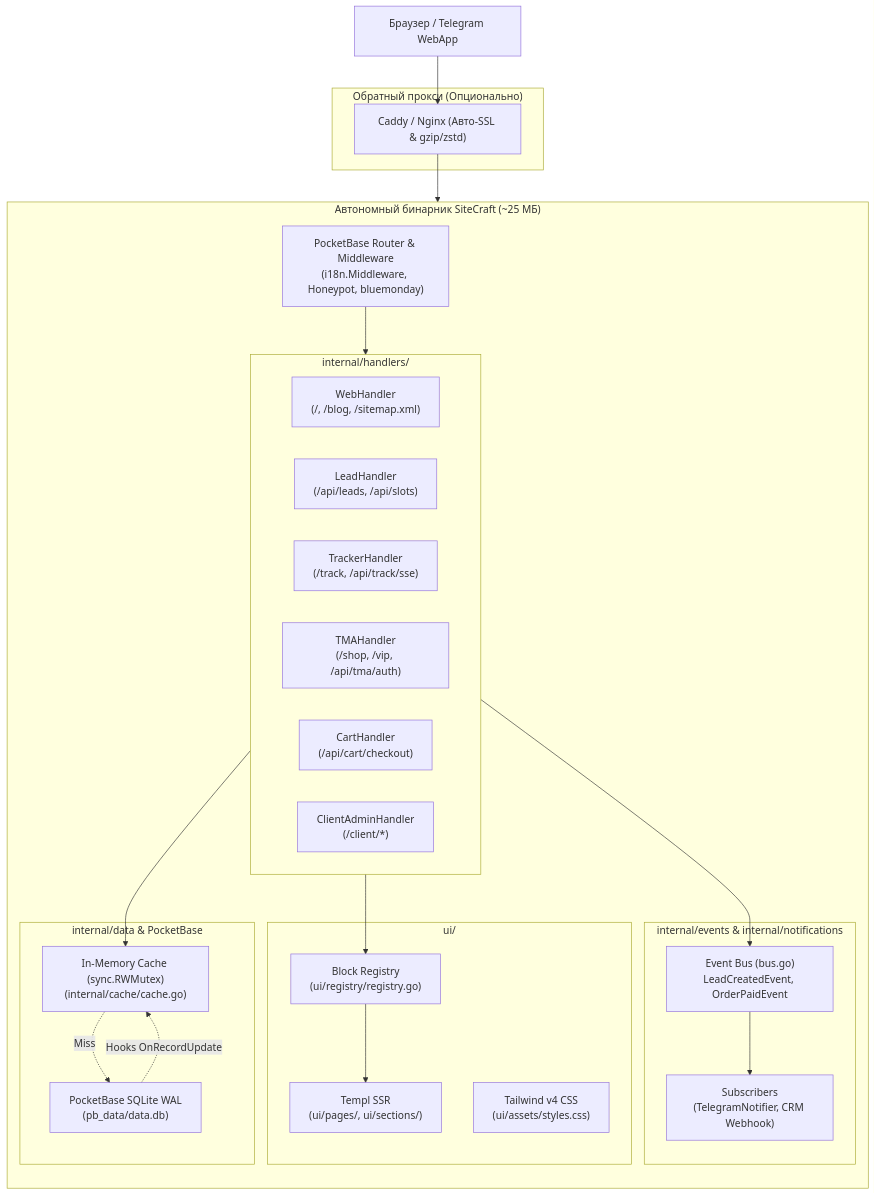
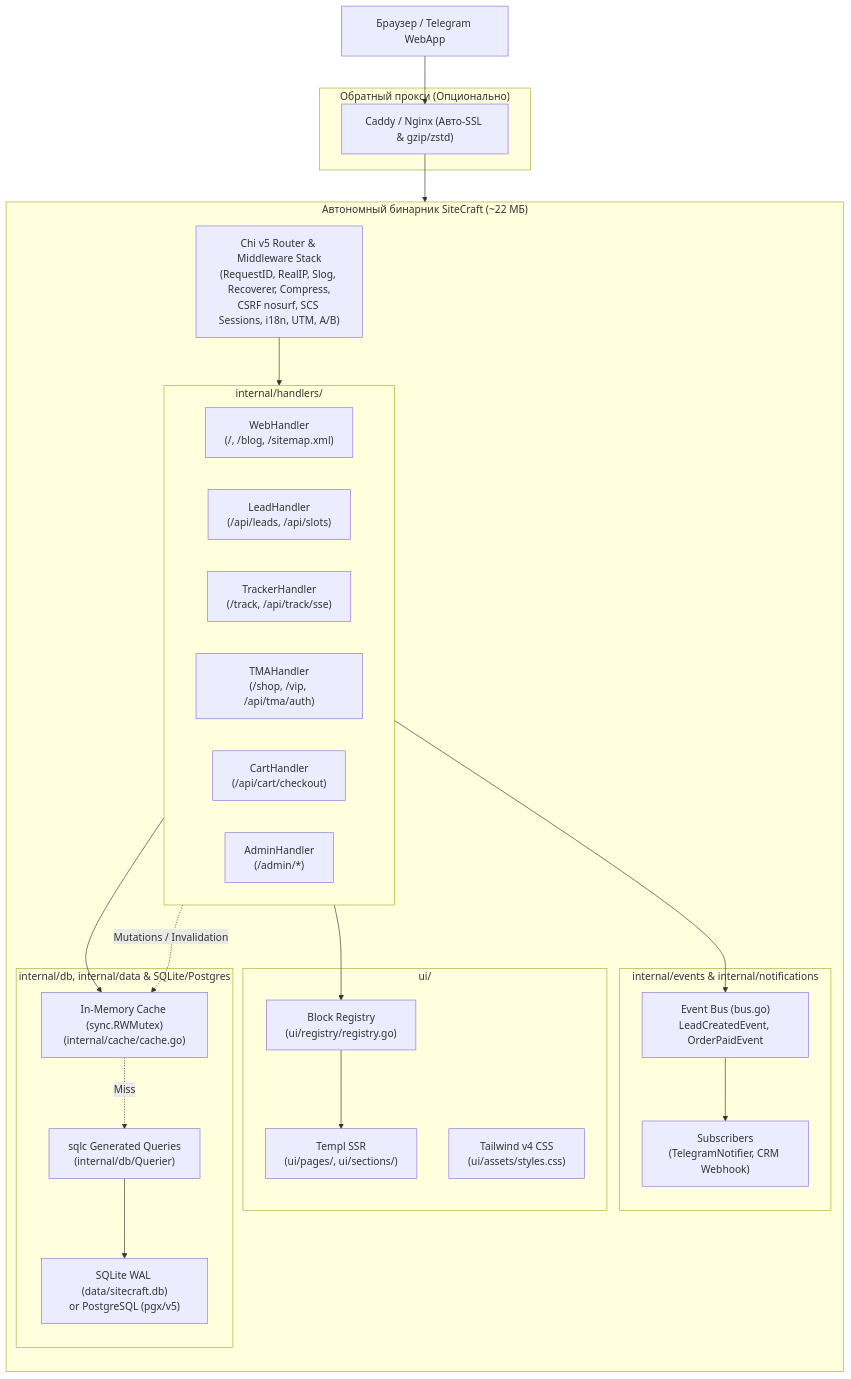
Before and after one commit to Zer02L/SiteCraft: the diagram in PROJECT_DOCUMENTATION.md, drawn with Mermaid. The commit also changed other lines of this file and 140 other files, not shown here.

First line of the commit message:
refactor(core): migrate from PocketBase to Chi, SQLite, and sqlc

````diff
--- a/PROJECT_DOCUMENTATION.md
+++ b/PROJECT_DOCUMENTATION.md
@@ -66,48 +67,49 @@
 ```mermaid
 flowchart TD
     Client["Браузер / Telegram WebApp"]
     
     subgraph ReverseProxy["Обратный прокси (Опционально)"]
         Proxy["Caddy / Nginx (Авто-SSL & gzip/zstd)"]
     end
 
-    subgraph Binary["Автономный бинарник SiteCraft (~25 МБ)"]
+    subgraph Binary["Автономный бинарник SiteCraft (~22 МБ)"]
         direction TB
         
-        Router["PocketBase Router & Middleware\n(i18n.Middleware, Honeypot, bluemonday)"]
+        Router["Chi v5 Router & Middleware Stack\n(RequestID, RealIP, Slog, Recoverer, Compress,\nCSRF nosurf, SCS Sessions, i18n, UTM, A/B)"]
         
         subgraph Handlers["internal/handlers/"]
             H_Web["WebHandler\n(/, /blog, /sitemap.xml)"]
             H_Lead["LeadHandler\n(/api/leads, /api/slots)"]
             H_Track["TrackerHandler\n(/track, /api/track/sse)"]
             H_TMA["TMAHandler\n(/shop, /vip, /api/tma/auth)"]
             H_Cart["CartHandler\n(/api/cart/checkout)"]
-            H_Client["ClientAdminHandler\n(/client/*)"]
+            H_Client["AdminHandler\n(/admin/*)"]
         end
         
         subgraph EventBusLayer["internal/events & internal/notifications"]
             EBus["Event Bus (bus.go)\nLeadCreatedEvent, OrderPaidEvent"]
             Subscribers["Subscribers\n(TelegramNotifier, CRM Webhook)"]
         end
 
         subgraph RenderingLayer["ui/"]
             Registry["Block Registry\n(ui/registry/registry.go)"]
             TemplEngine["Templ SSR\n(ui/pages/, ui/sections/)"]
             Tailwind["Tailwind v4 CSS\n(ui/assets/styles.css)"]
         end
 
-        subgraph StorageLayer["internal/data & PocketBase"]
+        subgraph StorageLayer["internal/db, internal/data & SQLite/Postgres"]
             Cache["In-Memory Cache (sync.RWMutex)\n(internal/cache/cache.go)"]
-            SQLite["PocketBase SQLite WAL\n(pb_data/data.db)"]
+            SQLC["sqlc Generated Queries\n(internal/db/Querier)"]
+            DBConn["SQLite WAL (data/sitecraft.db)\nor PostgreSQL (pgx/v5)"]
         end
     end
 
     Client --> Proxy
     Proxy --> Router
     Router --> Handlers
     Handlers --> Registry --> TemplEngine
     Handlers --> EBus --> Subscribers
     Handlers --> Cache
-    Cache -.->|Miss| SQLite
-    SQLite -.->|Hooks OnRecordUpdate| Cache
+    Cache -.->|Miss| SQLC --> DBConn
+    Handlers -.->|Mutations / Invalidation| Cache
 ```
````
